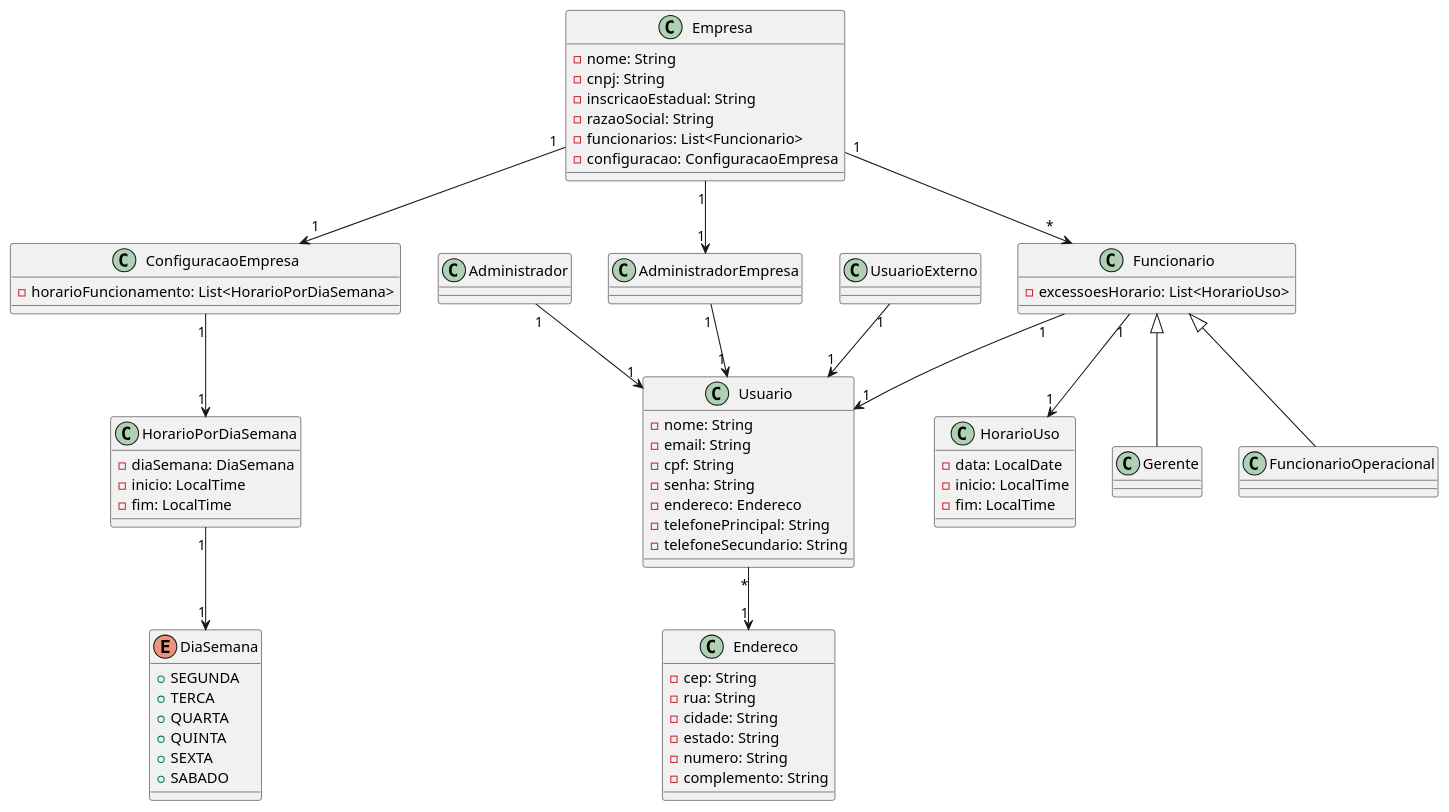
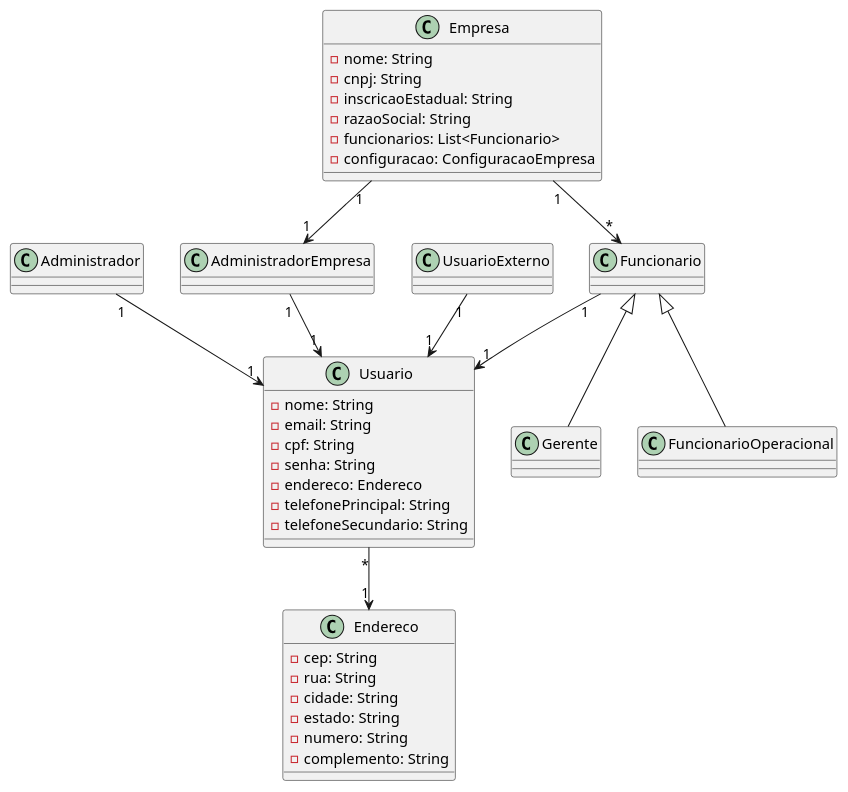
Before and after one commit to luan-coelho/quarkus-common: the diagram in diagram-class.plantuml, drawn with PlantUML. The commit also changed 8 other files, not shown here.

```diff
--- a/diagram-class.plantuml
+++ b/diagram-class.plantuml
@@ -1,86 +1,81 @@
 @startuml
 
 class Usuario {
     -nome: String
     -email: String
     -cpf: String
     -senha: String
     -endereco: Endereco
     -telefonePrincipal: String
     -telefoneSecundario: String
 }
 
 class Endereco {
     -cep: String
     -rua: String
     -cidade: String
     -estado: String
     -numero: String
     -complemento: String
 }
 
 class Empresa {
     -nome: String
     -cnpj: String
     -inscricaoEstadual: String
     -razaoSocial: String
     -funcionarios: List<Funcionario>
     -configuracao: ConfiguracaoEmpresa
 }
 
+/'
 class ConfiguracaoEmpresa {
     -horarioFuncionamento: List<HorarioPorDiaSemana>
 }
 
 class HorarioPorDiaSemana {
     -diaSemana: DiaSemana
     -inicio: LocalTime
     -fim: LocalTime
 }
 
 enum DiaSemana {
     +SEGUNDA
     +TERCA
     +QUARTA
     +QUINTA
     +SEXTA
     +SABADO
-}
+} 
+'/
 
 class Administrador {
 }
 
 class Funcionario {
-    - excessoesHorario: List<HorarioUso>
+    
 }
 
-class HorarioUso {
-    -data: LocalDate
-    -inicio: LocalTime
-    -fim: LocalTime
-}
 
 class Gerente {
 }
 
 class FuncionarioOperacional {
 }
 
 class UsuarioExterno {
 }
 
 Administrador "1" --> "1" Usuario
 UsuarioExterno "1" --> "1" Usuario
 Usuario "*" --> "1" Endereco
 AdministradorEmpresa "1" --> "1" Usuario
 Empresa "1" --> "1" AdministradorEmpresa
 Empresa "1" --> "*" Funcionario
-Empresa "1" --> "1" ConfiguracaoEmpresa
-ConfiguracaoEmpresa "1" --> "1" HorarioPorDiaSemana
-HorarioPorDiaSemana "1" --> "1" DiaSemana
 Funcionario <|-- Gerente
 Funcionario <|-- FuncionarioOperacional
-Funcionario "1" --> "1" HorarioUso
 Funcionario "1" --> "1" Usuario
+' Empresa "1" --> "1" ConfiguracaoEmpresa
+' Funcionario "1" --> "1" HorarioUso
 
 @enduml
```
